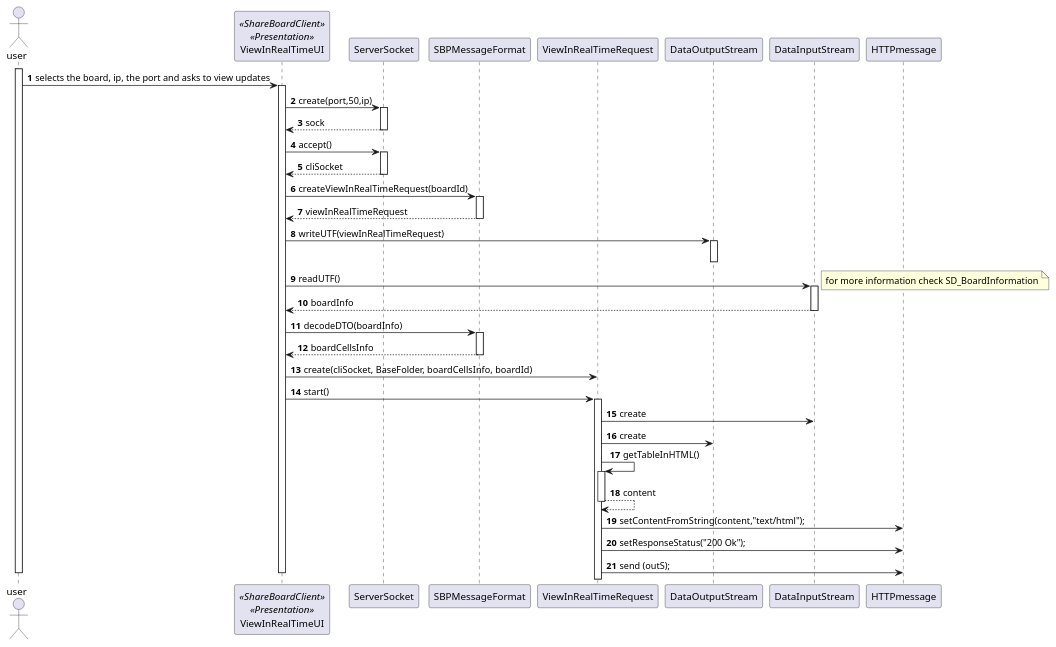
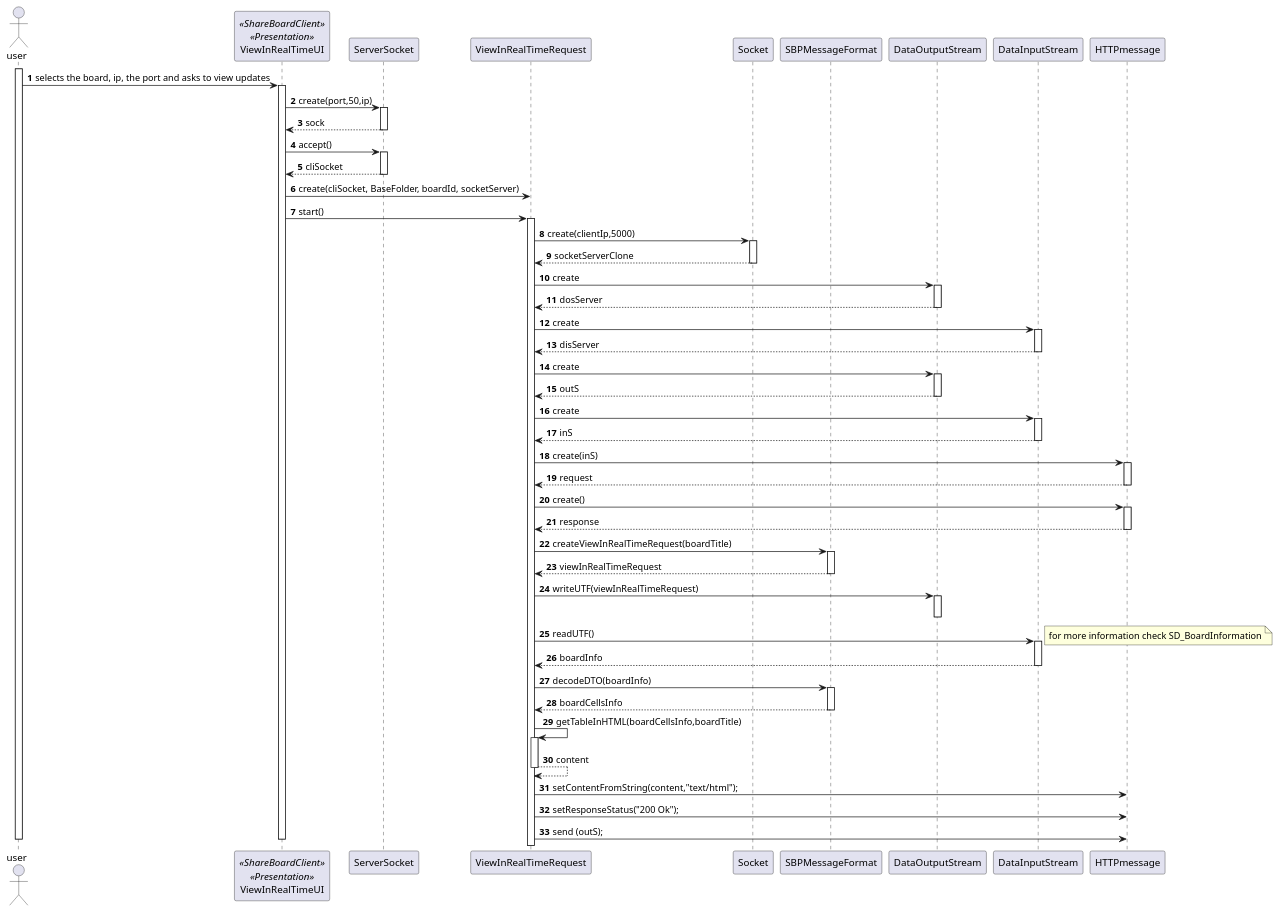
Before and after one commit to Marco-Nobrega-Andrade/sem4pi_22_23: the diagram in docs/Sprint_C/us_3005/SD_RealTimeBoard.puml, drawn with PlantUML. The commit also changed 1 other file, not shown here.

Commit message:
[US_3005][Design] - Update the SD_RealTimeBoard design so that it has the representation of the news to send request

```diff
--- a/docs/Sprint_C/us_3005/SD_RealTimeBoard.puml
+++ b/docs/Sprint_C/us_3005/SD_RealTimeBoard.puml
@@ -1,66 +1,91 @@
 @startuml
 'https://plantuml.com/sequence-diagram
 
 autonumber
 
 actor user
 
 participant "ViewInRealTimeUI" as ui <<ShareBoardClient>> <<Presentation>>
 participant "ServerSocket" as ss
+participant "ViewInRealTimeRequest" as request
+participant "Socket" as s
 participant "SBPMessageFormat" as sbpf
-participant "ViewInRealTimeRequest" as request
 participant "DataOutputStream" as dos
 participant "DataInputStream" as dis
 participant "HTTPmessage" as message
 
 activate user
 
 user -> ui: selects the board, ip, the port and asks to view updates
 activate ui
 
 
 ui -> ss: create(port,50,ip)
 activate ss
 return sock
 ui -> ss: accept()
 activate ss
 return cliSocket
 
+ui -> request : create(cliSocket, BaseFolder, boardId, socketServer)
+ui -> request : start()
+activate request
 
-ui -> sbpf: createViewInRealTimeRequest(boardId)
+request -> s : create(clientIp,5000)
+activate s
+return socketServerClone
+
+request -> dos: create
+activate dos
+return dosServer
+request -> dis: create
+activate dis
+return disServer
+request -> dos: create
+activate dos
+return outS
+request -> dis: create
+activate dis
+return inS
+
+request -> message: create(inS)
+activate message
+return request
+request -> message: create()
+activate message
+return response
+
+request -> sbpf: createViewInRealTimeRequest(boardTitle)
 activate sbpf
-sbpf --> ui: viewInRealTimeRequest
+sbpf --> request: viewInRealTimeRequest
 deactivate sbpf
-ui -> dos: writeUTF(viewInRealTimeRequest)
+request -> dos: writeUTF(viewInRealTimeRequest)
 activate dos
 deactivate dos
-ui -> dis : readUTF()
+request -> dis : readUTF()
 activate dis
 note right : for more information check SD_BoardInformation
-dis --> ui: boardInfo
+dis --> request: boardInfo
 deactivate dis
 
-ui -> sbpf: decodeDTO(boardInfo)
+request -> sbpf: decodeDTO(boardInfo)
 activate sbpf
 return boardCellsInfo
 
-ui -> request : create(cliSocket, BaseFolder, boardCellsInfo, boardId)
-ui -> request : start()
-activate request
-request -> dis: create
-request -> dos: create
 
-request -> request: getTableInHTML()
+request -> request: getTableInHTML(boardCellsInfo,boardTitle)
 activate request
 return content
 
 request -> message: setContentFromString(content,"text/html");
 request -> message: setResponseStatus("200 Ok");
+
+
 request -> message: send (outS);
 
 
 
 deactivate ui
 
 deactivate user
 @enduml
```
